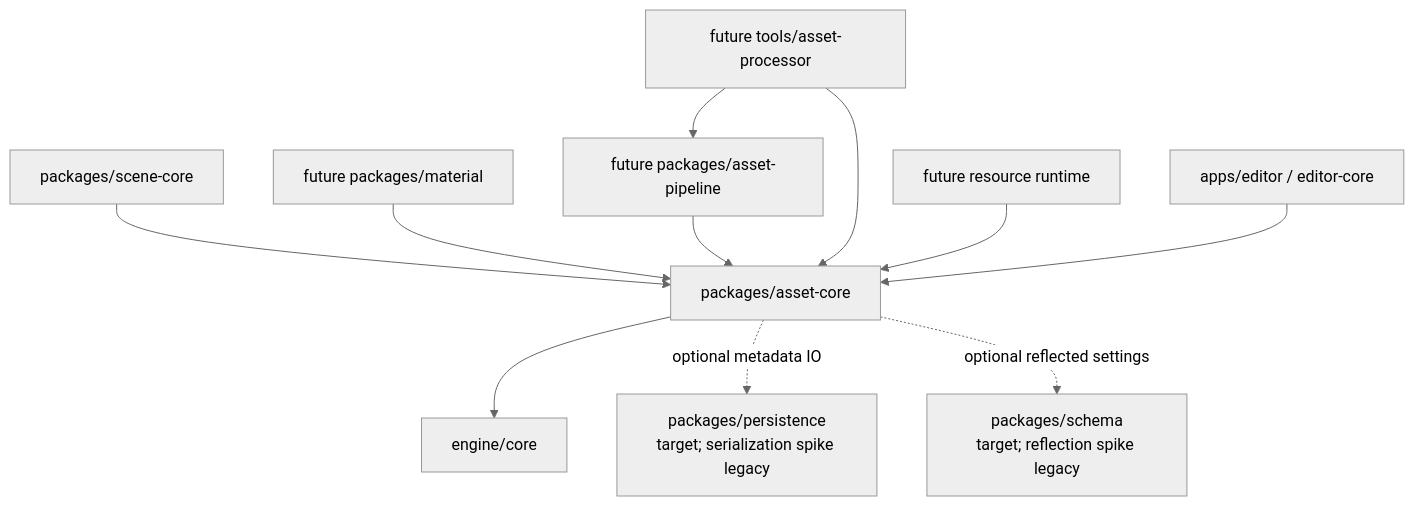
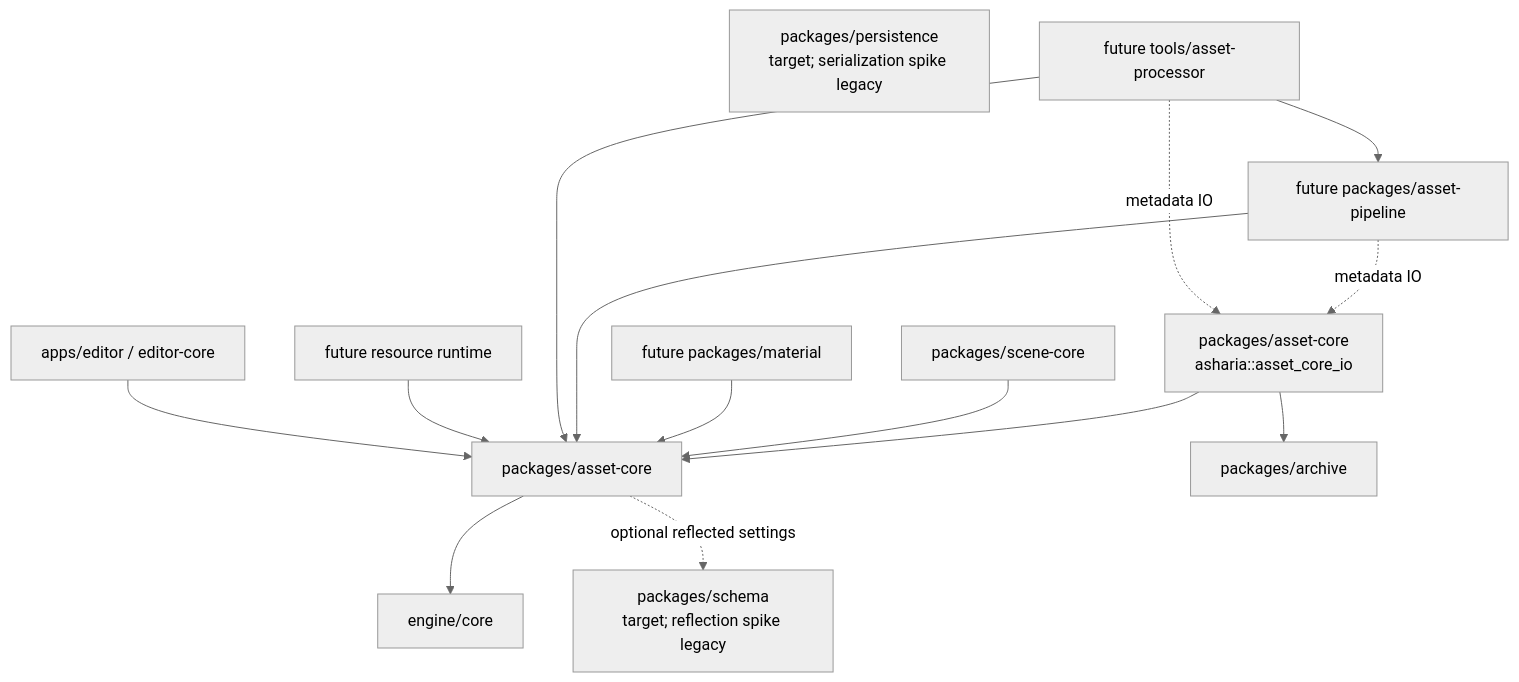
One commit to 66six11/Engine changed the first of 2 diagrams in docs/systems/asset-architecture.md. Above: the diagram before and after it, drawn with Mermaid (neutral theme). The commit also changed other lines of this file and 8 other files, not shown here.

Commit message:
feat: add deterministic asset metadata io

````diff
--- a/docs/systems/asset-architecture.md
+++ b/docs/systems/asset-architecture.md
@@ -85,24 +87,29 @@
 ```mermaid
 flowchart TD
     Core["engine/core"]
     Reflection["packages/schema<br/>target; reflection spike legacy"]
     Serialization["packages/persistence<br/>target; serialization spike legacy"]
     AssetCore["packages/asset-core"]
+    AssetCoreIo["packages/asset-core<br/>asharia::asset_core_io"]
+    Archive["packages/archive"]
     Scene["packages/scene-core"]
     Material["future packages/material"]
     AssetPipeline["future packages/asset-pipeline"]
     ImportTool["future tools/asset-processor"]
     ResourceRuntime["future resource runtime"]
     Editor["apps/editor / editor-core"]
 
     AssetCore --> Core
+    AssetCoreIo --> AssetCore
+    AssetCoreIo --> Archive
     Scene --> AssetCore
     Material --> AssetCore
     AssetPipeline --> AssetCore
     ImportTool --> AssetPipeline
     ImportTool --> AssetCore
     ResourceRuntime --> AssetCore
     Editor --> AssetCore
-    AssetCore -.optional metadata IO.-> Serialization
+    AssetPipeline -.metadata IO.-> AssetCoreIo
+    ImportTool -.metadata IO.-> AssetCoreIo
     AssetCore -.optional reflected settings.-> Reflection
 ```
````
